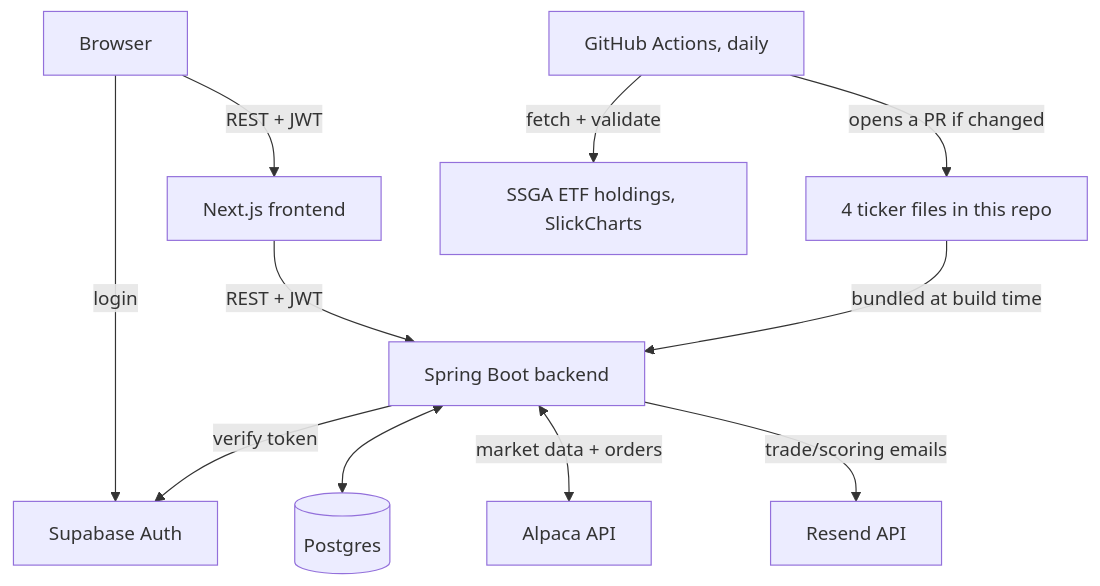
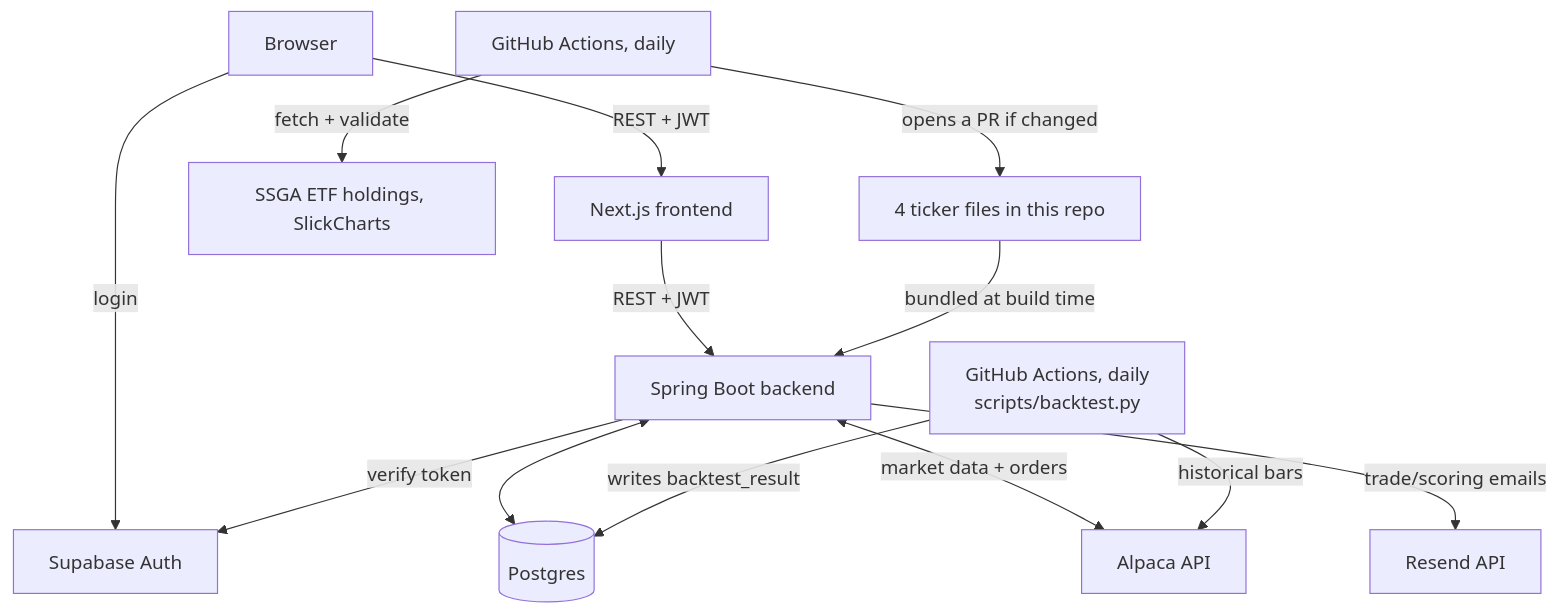
Before and after one commit to shivam-tamboli/momentum-trading-system: the first of 5 diagrams in ARCHITECTURE.md, drawn with Mermaid. The commit also changed other lines of this file and 1 other file, not shown here.

First line of the commit message:
docs: document the backtest feature and the automatic Job 3 fix

````diff
--- a/ARCHITECTURE.md
+++ b/ARCHITECTURE.md
@@ -7,14 +7,17 @@
 ```mermaid
 flowchart TB
     User[Browser] -->|login| Supabase[Supabase Auth]
     User -->|REST + JWT| FE[Next.js frontend]
     FE -->|REST + JWT| BE[Spring Boot backend]
     BE -->|verify token| Supabase
     BE <--> DB[(Postgres)]
     BE <-->|market data + orders| Alpaca[Alpaca API]
     BE -->|trade/scoring emails| Email[Resend API]
 
     GHA[GitHub Actions, daily] -->|fetch + validate| Sources[SSGA ETF holdings, SlickCharts]
     GHA -->|opens a PR if changed| Repo[4 ticker files in this repo]
     Repo -->|bundled at build time| BE
+
+    GHBT[GitHub Actions, daily<br/>scripts/backtest.py] -->|historical bars| Alpaca
+    GHBT -->|writes backtest_result| DB
 ```
````
